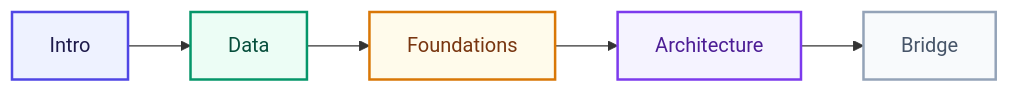
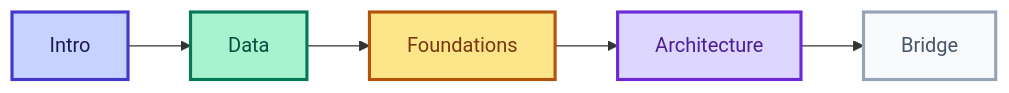
The diagram in content/docs/part-00-intro/03-roadmap.mdx (bhNibir/build-own-llm), drawn with Mermaid before and after one commit. The commit also changed 22 other files, not shown here.

First line of the commit message:
Refactor Mermaid and diagram styles for improved readability and consistency

````diff
--- a/content/docs/part-00-intro/03-roadmap.mdx
+++ b/content/docs/part-00-intro/03-roadmap.mdx
@@ -10,12 +10,12 @@
 ```mermaid
 flowchart LR
     A["Intro"]:::input --> B["Data"]:::process
     B --> C["Foundations"]:::output
     C --> D["Architecture"]:::highlight
     D --> E["Bridge"]:::dim
-    classDef input fill:#EEF2FF,color:#1E1B4B,stroke:#4F46E5,stroke-width:2px
-    classDef process fill:#ECFDF5,color:#064E3B,stroke:#059669,stroke-width:2px
-    classDef output fill:#FFFBEB,color:#78350F,stroke:#D97706,stroke-width:2px
-    classDef highlight fill:#F5F3FF,color:#4C1D95,stroke:#7C3AED,stroke-width:2px
-    classDef dim fill:#F8FAFC,color:#475569,stroke:#94A3B8,stroke-width:2px
+    classDef input fill:#C7D2FE,color:#1E1B4B,stroke:#4338CA,stroke-width:2.5px
+    classDef process fill:#A7F3D0,color:#064E3B,stroke:#047857,stroke-width:2.5px
+    classDef output fill:#FDE68A,color:#78350F,stroke:#B45309,stroke-width:2.5px
+    classDef highlight fill:#DDD6FE,color:#4C1D95,stroke:#6D28D9,stroke-width:2.5px
+    classDef dim fill:#F8FAFC,color:#475569,stroke:#94A3B8,stroke-width:2.5px
 ```
````
